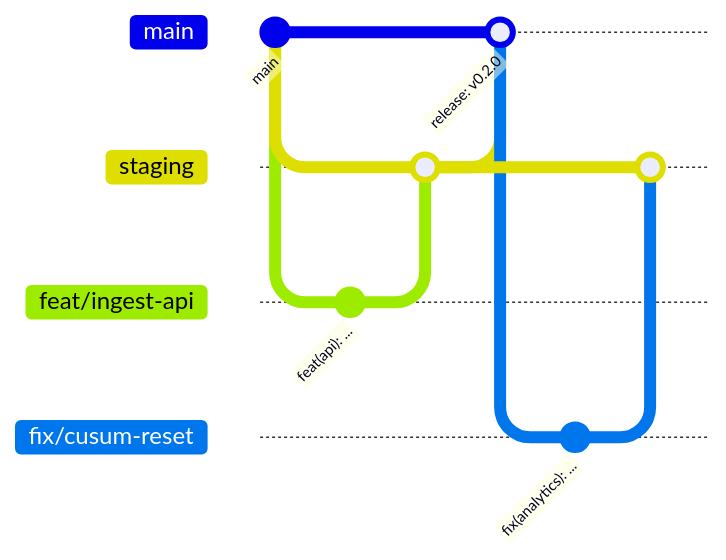
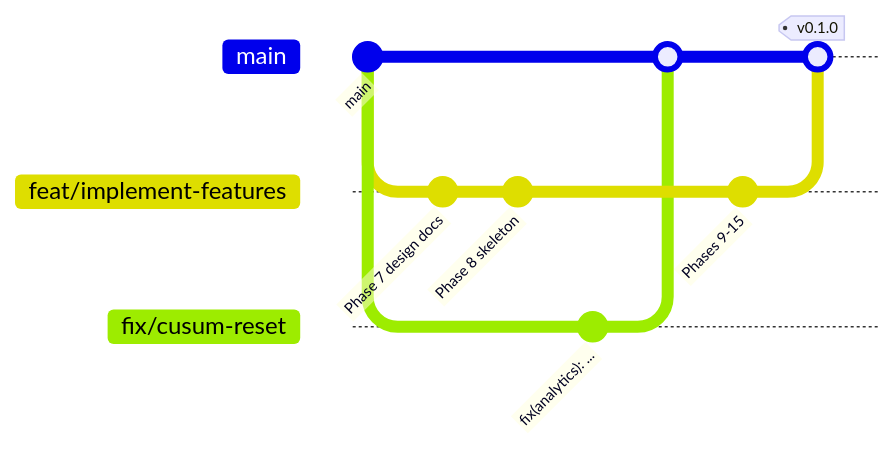
Before and after one commit to EchoWellApp/echowell: the diagram in specs/TRD/18_GitHub_Repository_Standards.md, drawn with Mermaid. The commit also changed other lines of this file and 53 other files, not shown here.

````diff
--- a/specs/TRD/18_GitHub_Repository_Standards.md
+++ b/specs/TRD/18_GitHub_Repository_Standards.md
@@ -76,16 +78,16 @@
 ```mermaid
 gitGraph
   commit id: "main"
-  branch staging
-  checkout staging
-  branch feat/ingest-api
-  commit id: "feat(api): ..."
-  checkout staging
-  merge feat/ingest-api
+  branch feat/implement-features
+  commit id: "Phase 7 design docs"
+  commit id: "Phase 8 skeleton"
   checkout main
-  merge staging id: "release: v0.2.0"
   branch fix/cusum-reset
   commit id: "fix(analytics): ..."
-  checkout staging
+  checkout main
   merge fix/cusum-reset
+  checkout feat/implement-features
+  commit id: "Phases 9-15"
+  checkout main
+  merge feat/implement-features tag: "v0.1.0"
 ```
````
